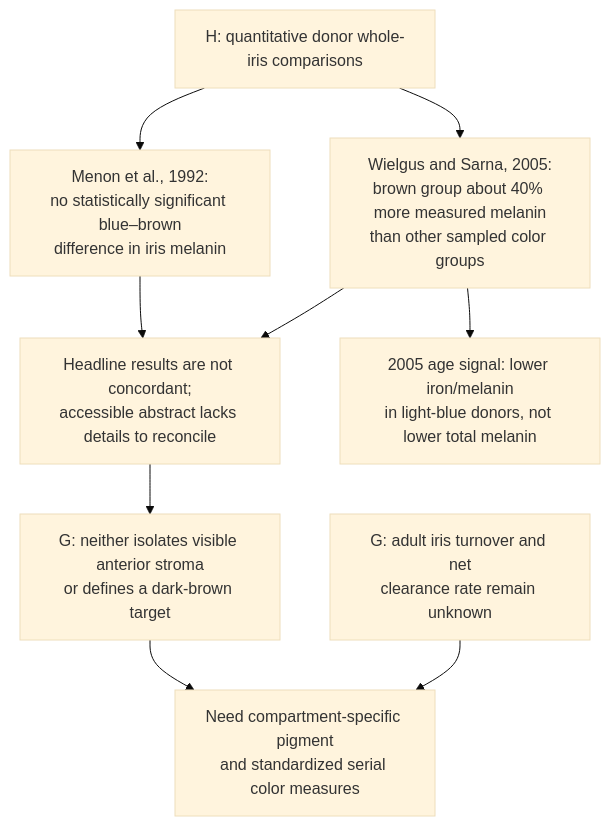
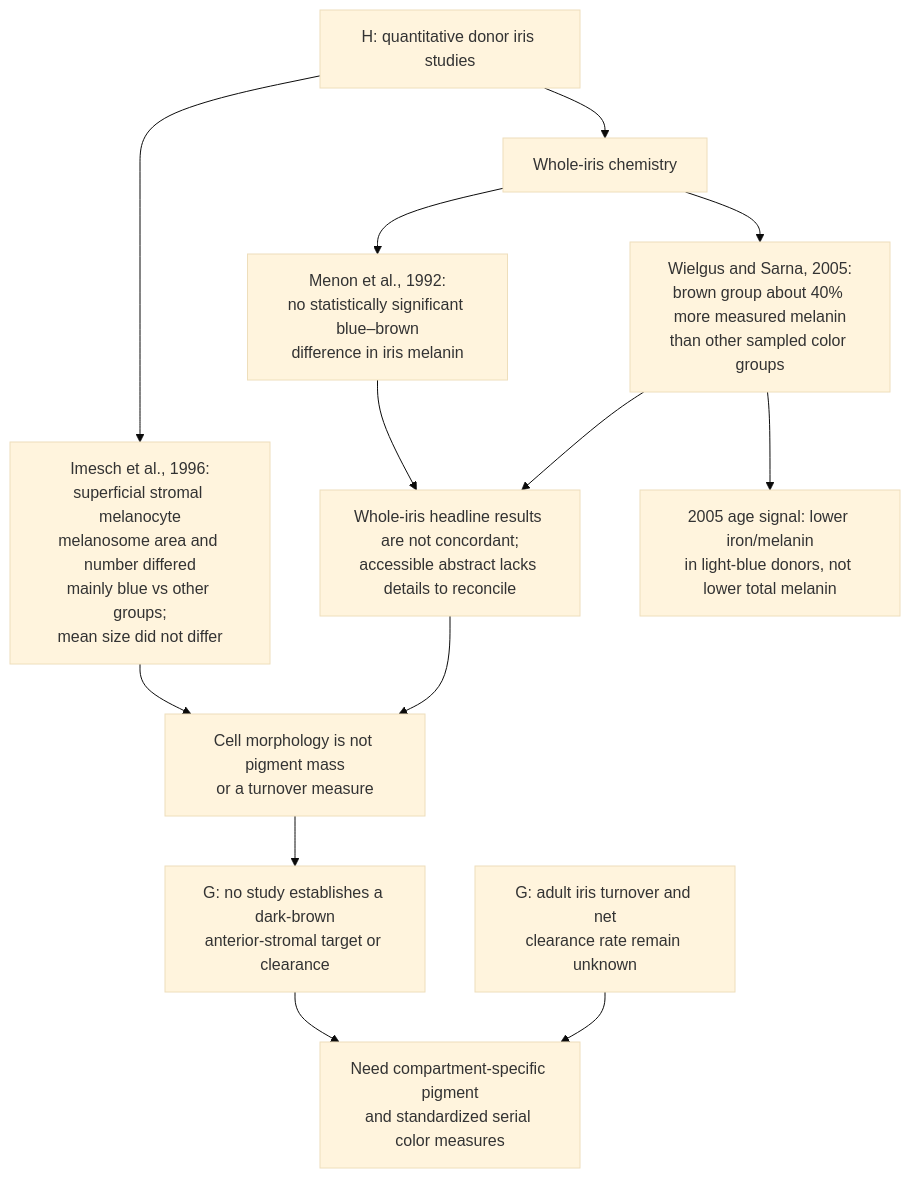
The diagram in research/selective-melanin-modulation.md (dylanstechmann/iris-color-without-contacts), drawn with Mermaid (base theme) before and after one commit. The commit also changed other lines of this file, not shown here.

Commit message:
Distinguish iris morphometry from pigment mass

````diff
--- a/research/selective-melanin-modulation.md
+++ b/research/selective-melanin-modulation.md
@@ -37,12 +37,16 @@
 ```mermaid
 flowchart TD
-    H["H: quantitative donor whole-iris comparisons"]
-    H --> M["Menon et al., 1992:<br/>no statistically significant blue–brown<br/>difference in iris melanin"]
-    H --> W["Wielgus and Sarna, 2005:<br/>brown group about 40% more measured melanin<br/>than other sampled color groups"]
-    M --> C["Headline results are not concordant;<br/>accessible abstract lacks details to reconcile"]
+    H["H: quantitative donor iris studies"]
+    H --> I["Imesch et al., 1996:<br/>superficial stromal melanocyte<br/>melanosome area and number differed<br/>mainly blue vs other groups;<br/>mean size did not differ"]
+    H --> Q["Whole-iris chemistry"]
+    Q --> M["Menon et al., 1992:<br/>no statistically significant blue–brown<br/>difference in iris melanin"]
+    Q --> W["Wielgus and Sarna, 2005:<br/>brown group about 40% more measured melanin<br/>than other sampled color groups"]
+    M --> C["Whole-iris headline results are not concordant;<br/>accessible abstract lacks details to reconcile"]
     W --> C
-    C --> T["G: neither isolates visible anterior stroma<br/>or defines a dark-brown target"]
-    T --> N["Need compartment-specific pigment<br/>and standardized serial color measures"]
+    I --> T["Cell morphology is not pigment mass<br/>or a turnover measure"]
+    C --> T
+    T --> U["G: no study establishes a dark-brown<br/>anterior-stromal target or clearance"]
+    U --> N["Need compartment-specific pigment<br/>and standardized serial color measures"]
     W --> A["2005 age signal: lower iron/melanin<br/>in light-blue donors, not lower total melanin"]
     R["G: adult iris turnover and net<br/>clearance rate remain unknown"] --> N
 ```
````
